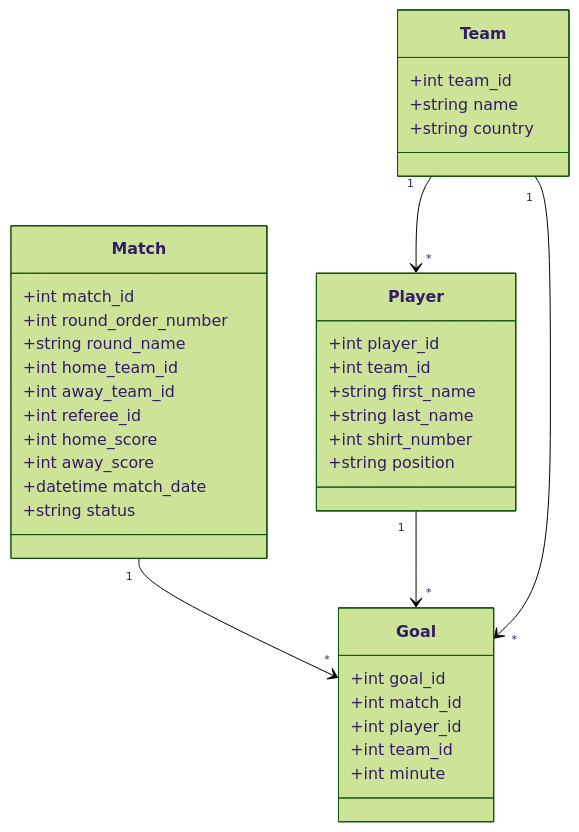
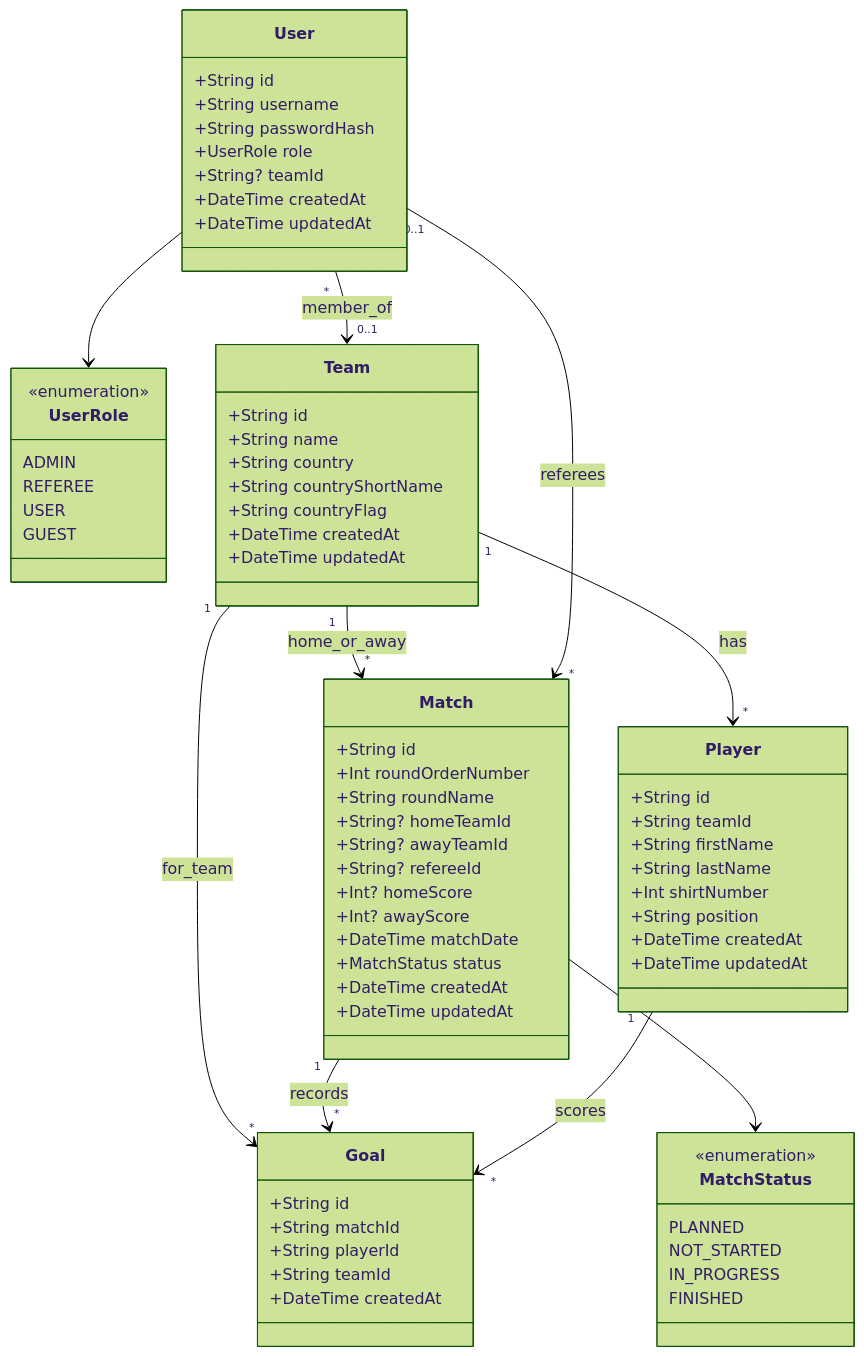
Before and after one commit to sanderkerkhofs/worldcup-manager-2026: the first of 3 diagrams in analysis/project_schema.md, drawn with Mermaid (forest theme). The commit also changed other lines of this file and 16 other files, not shown here.

First line of the commit message:
feat: add logical ERD and UML class diagram for tournament management

````diff
--- a/analysis/project_schema.md
+++ b/analysis/project_schema.md
@@ -68,43 +106,83 @@
 ```mermaid
 classDiagram
+  class UserRole {
+    <<enumeration>>
+    ADMIN
+    REFEREE
+    USER
+    GUEST
+  }
+
+  class MatchStatus {
+    <<enumeration>>
+    PLANNED
+    NOT_STARTED
+    IN_PROGRESS
+    FINISHED
+  }
+
+  class User {
+    +String id
+    +String username
+    +String passwordHash
+    +UserRole role
+    +String? teamId
+    +DateTime createdAt
+    +DateTime updatedAt
+  }
+
   class Team {
-    +int team_id
-    +string name
-    +string country
+    +String id
+    +String name
+    +String country
+    +String countryShortName
+    +String countryFlag
+    +DateTime createdAt
+    +DateTime updatedAt
   }
 
   class Match {
-    +int match_id
-    +int round_order_number
-    +string round_name
-    +int home_team_id
-    +int away_team_id
-    +int referee_id
-    +int home_score
-    +int away_score
-    +datetime match_date
-    +string status
+    +String id
+    +Int roundOrderNumber
+    +String roundName
+    +String? homeTeamId
+    +String? awayTeamId
+    +String? refereeId
+    +Int? homeScore
+    +Int? awayScore
+    +DateTime matchDate
+    +MatchStatus status
+    +DateTime createdAt
+    +DateTime updatedAt
   }
 
   class Player {
-    +int player_id
-    +int team_id
-    +string first_name
-    +string last_name
-    +int shirt_number
-    +string position
+    +String id
+    +String teamId
+    +String firstName
+    +String lastName
+    +Int shirtNumber
+    +String position
+    +DateTime createdAt
+    +DateTime updatedAt
   }
 
   class Goal {
-    +int goal_id
-    +int match_id
-    +int player_id
-    +int team_id
-    +int minute
+    +String id
+    +String matchId
+    +String playerId
+    +String teamId
+    +DateTime createdAt
   }
 
-  Team "1" --> "*" Player
-  Match "1" --> "*" Goal
-  Player "1" --> "*" Goal
-  Team "1" --> "*" Goal
+  Team "1" --> "*" Player : has
+  Team "1" --> "*" Goal : for_team
+  Team "1" --> "*" Match : home_or_away
+  Match "1" --> "*" Goal : records
+  Player "1" --> "*" Goal : scores
+  User "0..1" --> "*" Match : referees
+  User "*" --> "0..1" Team : member_of
+
+  User --> UserRole
+  Match --> MatchStatus
 ```
````
